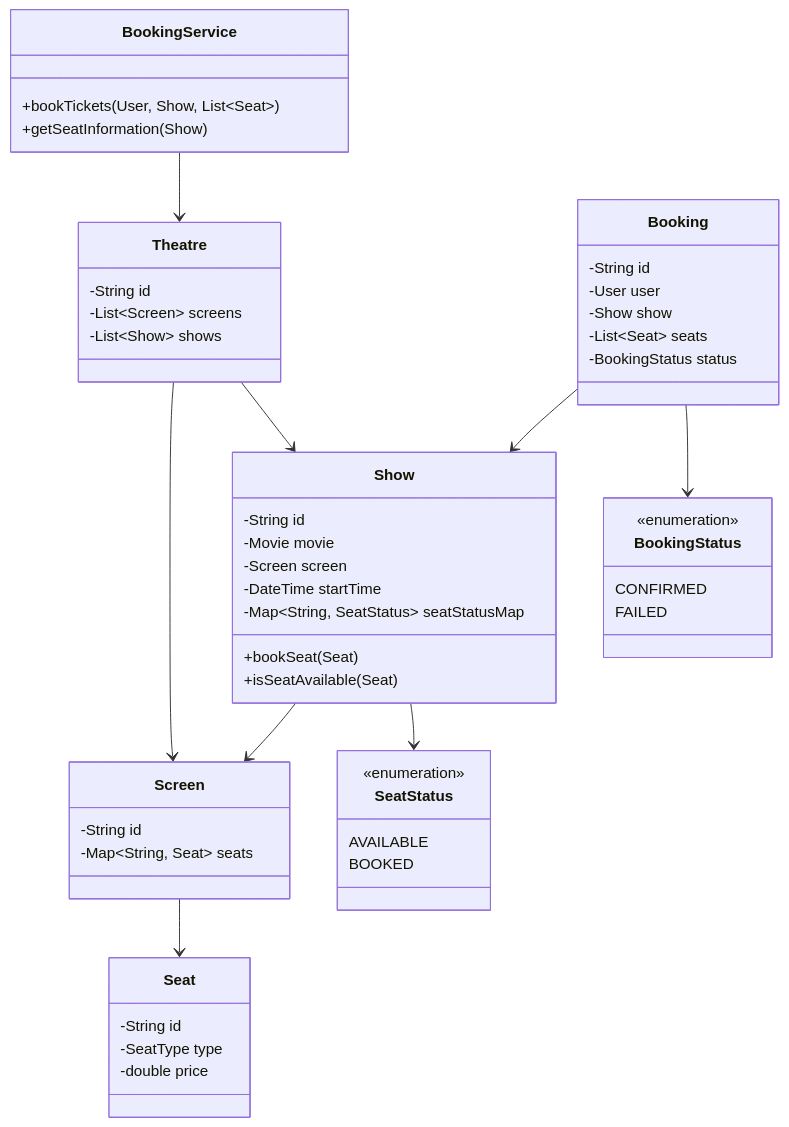
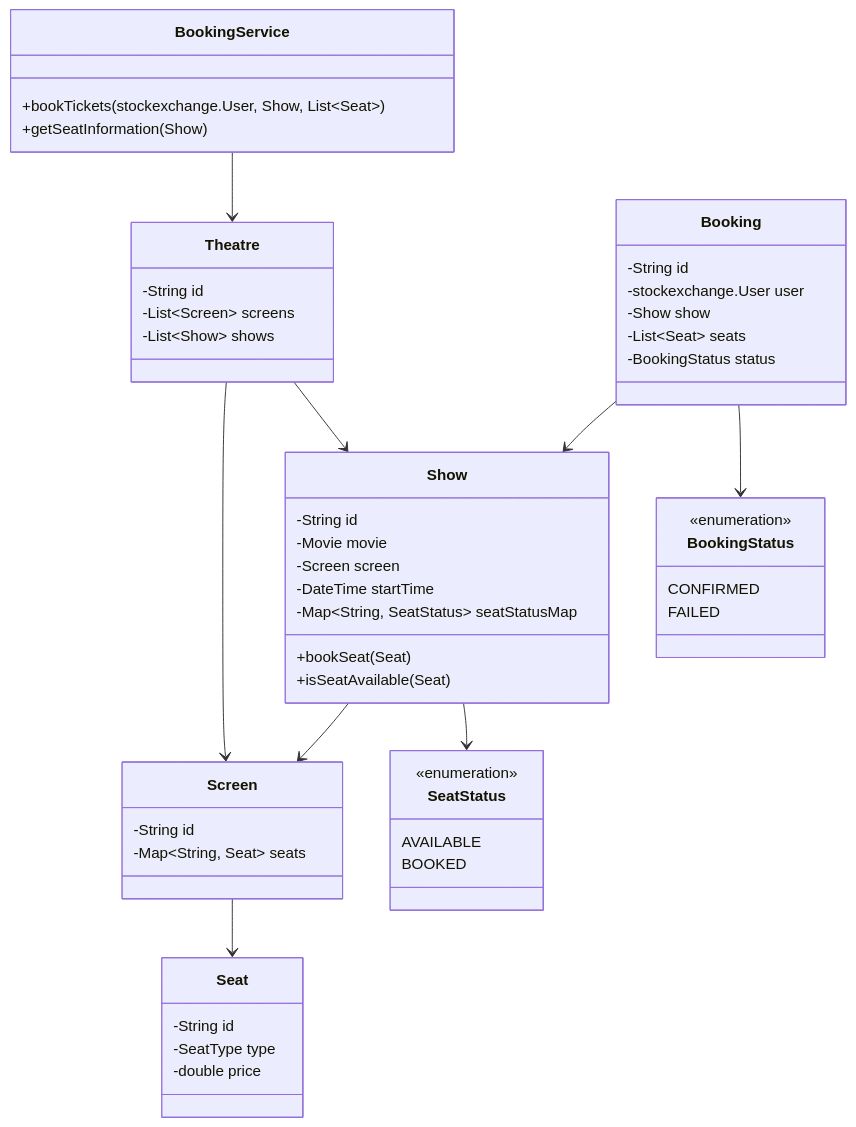
One commit to shafique-md18/low-level-design changed the first of 2 diagrams in solutions/bookmyshow/src/notes.md. Above: the diagram before and after it, drawn with Mermaid. The commit also changed other lines of this file and 14 other files, not shown here.

````diff
--- a/solutions/bookmyshow/src/notes.md
+++ b/solutions/bookmyshow/src/notes.md
@@ -17,63 +17,63 @@
 ```mermaid
 classDiagram
     class BookingService {
-        +bookTickets(User, Show, List~Seat~)
+        +bookTickets(stockexchange.User, Show, List~Seat~)
         +getSeatInformation(Show)
     }
 
     class Show {
         -String id
         -Movie movie
         -Screen screen
         -DateTime startTime
         -Map~String, SeatStatus~ seatStatusMap
         +bookSeat(Seat)
         +isSeatAvailable(Seat)
     }
 
     class Theatre {
         -String id
         -List~Screen~ screens
         -List~Show~ shows
     }
 
     class Screen {
         -String id
         -Map~String, Seat~ seats
     }
 
     class Booking {
         -String id
-        -User user
+        -stockexchange.User user
         -Show show
         -List~Seat~ seats
         -BookingStatus status
     }
 
     class Seat {
         -String id
         -SeatType type
         -double price
     }
 
     class BookingStatus {
         <<enumeration>>
         CONFIRMED
         FAILED
     }
 
     class SeatStatus {
         <<enumeration>>
         AVAILABLE
         BOOKED
     }
 
     BookingService --> Theatre
     Theatre --> Screen
     Theatre --> Show
     Show --> Screen
     Show --> SeatStatus
     Booking --> Show
     Booking --> BookingStatus
     Screen --> Seat
 ```
````
